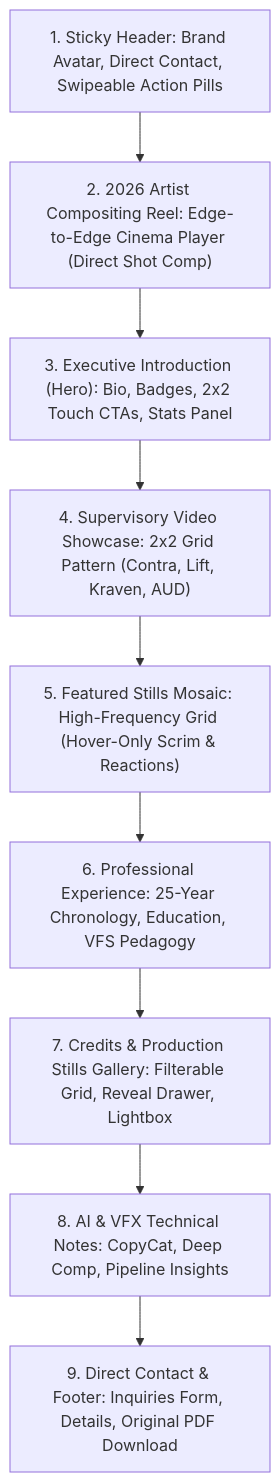
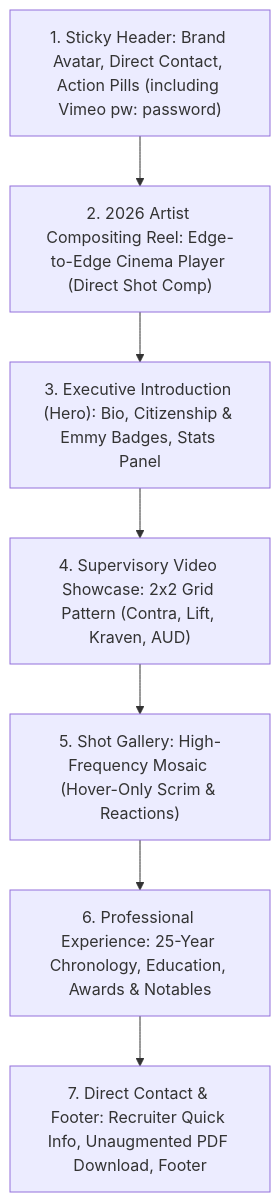
One commit to danrubinvfx/portfolio changed the diagram in specs/mission.md. Above: the diagram before and after it, drawn with Mermaid. The commit also changed other lines of this file and 534 other files, not shown here.

````diff
--- a/specs/mission.md
+++ b/specs/mission.md
@@ -75,14 +75,12 @@
 ```mermaid
 flowchart TD
-    H["1. Sticky Header: Brand Avatar, Direct Contact, Swipeable Action Pills"]
+    H["1. Sticky Header: Brand Avatar, Direct Contact, Action Pills (including Vimeo pw: password)"]
     AR["2. 2026 Artist Compositing Reel: Edge-to-Edge Cinema Player (Direct Shot Comp)"]
-    IN["3. Executive Introduction (Hero): Bio, Badges, 2x2 Touch CTAs, Stats Panel"]
+    IN["3. Executive Introduction (Hero): Bio, Citizenship & Emmy Badges, Stats Panel"]
     SR["4. Supervisory Video Showcase: 2x2 Grid Pattern (Contra, Lift, Kraven, AUD)"]
-    KC["5. Featured Stills Mosaic: High-Frequency Grid (Hover-Only Scrim & Reactions)"]
-    EX["6. Professional Experience: 25-Year Chronology, Education, VFS Pedagogy"]
-    PR["7. Credits & Production Stills Gallery: Filterable Grid, Reveal Drawer, Lightbox"]
-    NT["8. AI & VFX Technical Notes: CopyCat, Deep Comp, Pipeline Insights"]
-    CT["9. Direct Contact & Footer: Inquiries Form, Details, Original PDF Download"]
+    SG["5. Shot Gallery: High-Frequency Mosaic (Hover-Only Scrim & Reactions)"]
+    EX["6. Professional Experience: 25-Year Chronology, Education, Awards & Notables"]
+    CT["7. Direct Contact & Footer: Recruiter Quick Info, Unaugmented PDF Download, Footer"]
 
-    H --> AR --> IN --> SR --> KC --> EX --> PR --> NT --> CT
+    H --> AR --> IN --> SR --> SG --> EX --> CT
 ```
````
